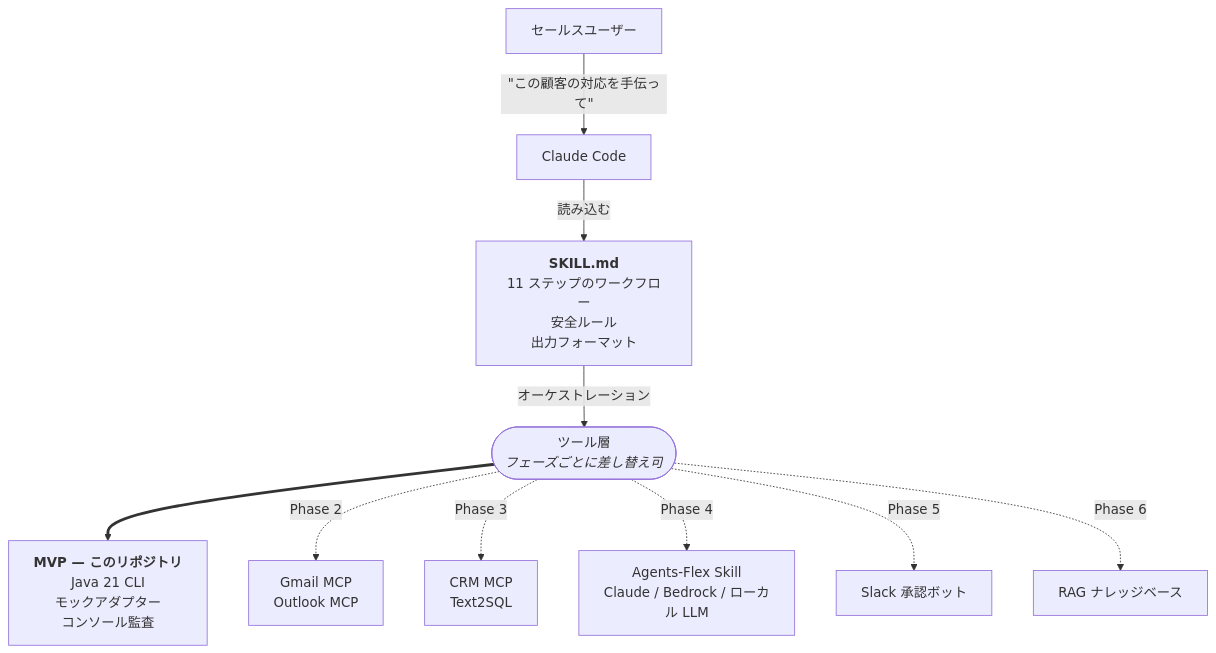
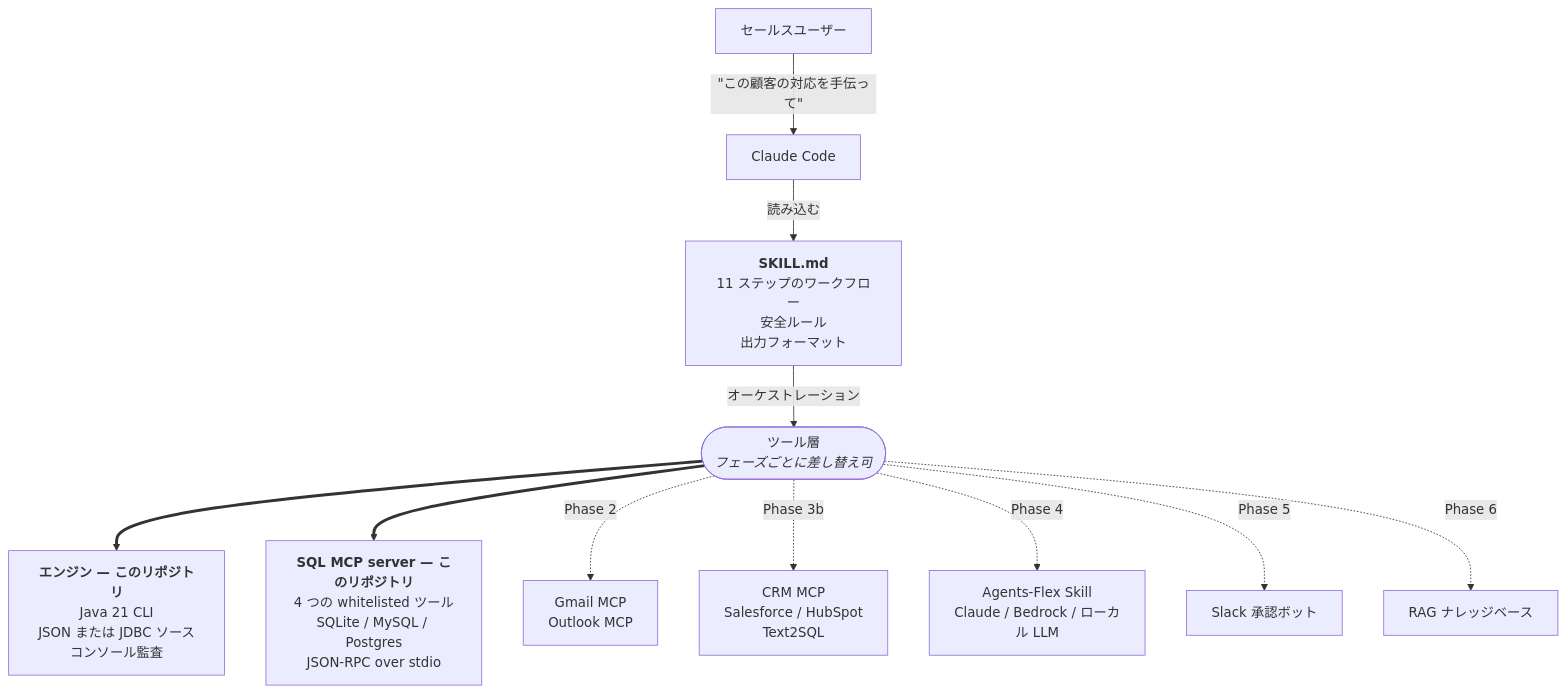
One commit to xup6jammy/Sales-AI changed the first of 3 diagrams in README.ja.md. Above: the diagram before and after it, drawn with Mermaid. The commit also changed other lines of this file and 10 other files, not shown here.

First line of the commit message:
docs: surface MCP server in READMEs, SKILL, architecture, and translations

````diff
--- a/README.ja.md
+++ b/README.ja.md
@@ -46,13 +46,14 @@
 ```mermaid
 flowchart TD
     user["セールスユーザー"] -->|"&quot;この顧客の対応を手伝って&quot;"| cc["Claude Code"]
     cc -->|読み込む| skill["<b>SKILL.md</b><br/>11 ステップのワークフロー<br/>安全ルール<br/>出力フォーマット"]
     skill -->|オーケストレーション| tools(["ツール層<br/><i>フェーズごとに差し替え可</i>"])
 
-    tools ==> mvp["<b>MVP — このリポジトリ</b><br/>Java 21 CLI<br/>モックアダプター<br/>コンソール監査"]
+    tools ==> mvp["<b>エンジン — このリポジトリ</b><br/>Java 21 CLI<br/>JSON または JDBC ソース<br/>コンソール監査"]
+    tools ==> mcp["<b>SQL MCP server — このリポジトリ</b><br/>4 つの whitelisted ツール<br/>SQLite / MySQL / Postgres<br/>JSON-RPC over stdio"]
     tools -.->|Phase 2| email["Gmail MCP<br/>Outlook MCP"]
-    tools -.->|Phase 3| crm["CRM MCP<br/>Text2SQL"]
+    tools -.->|Phase 3b| crm["CRM MCP<br/>Salesforce / HubSpot<br/>Text2SQL"]
     tools -.->|Phase 4| llm["Agents-Flex Skill<br/>Claude / Bedrock / ローカル LLM"]
     tools -.->|Phase 5| approve["Slack 承認ボット"]
     tools -.->|Phase 6| rag["RAG ナレッジベース"]
 ```
````
